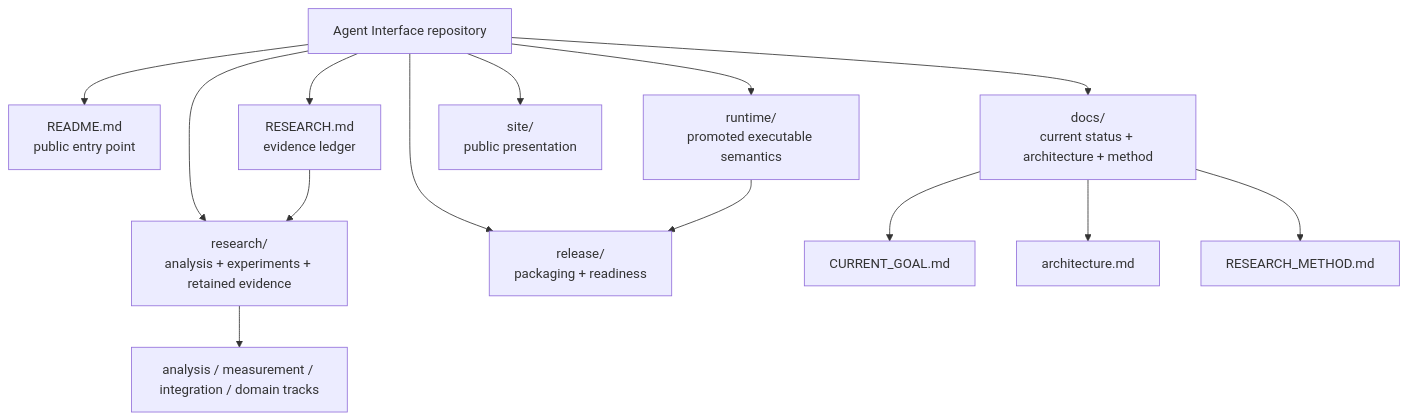
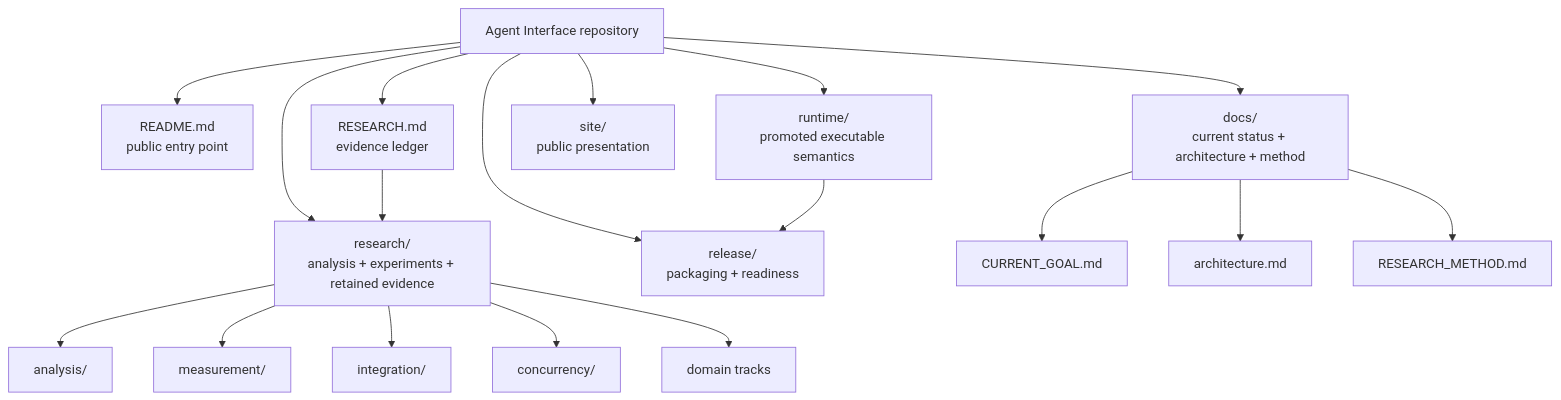
The first of 2 diagrams in docs/README.md (Unjuno/agent-interface), drawn with Mermaid before and after one commit. The commit also changed other lines of this file, not shown here.

Commit message:
Fix documentation hierarchy and expand research map

````diff
--- a/docs/README.md
+++ b/docs/README.md
@@ -24,17 +24,21 @@
 ```mermaid
 flowchart TD
     ROOT[Agent Interface repository]
     ROOT --> ENTRY[README.md<br/>public entry point]
     ROOT --> DOCS[docs/<br/>current status + architecture + method]
     ROOT --> EVID[RESEARCH.md<br/>evidence ledger]
     ROOT --> RES[research/<br/>analysis + experiments + retained evidence]
     ROOT --> RUN[runtime/<br/>promoted executable semantics]
     ROOT --> REL[release/<br/>packaging + readiness]
     ROOT --> SITE[site/<br/>public presentation]
     DOCS --> GOAL[CURRENT_GOAL.md]
     DOCS --> ARCH[architecture.md]
     DOCS --> METHOD[RESEARCH_METHOD.md]
-    RES --> MEAS[analysis / measurement / integration / domain tracks]
+    RES --> ANA[analysis/]
+    RES --> MEAS[measurement/]
+    RES --> INT[integration/]
+    RES --> CONC[concurrency/]
+    RES --> DOM[domain tracks]
     EVID --> RES
     RUN --> REL
 ```
````
